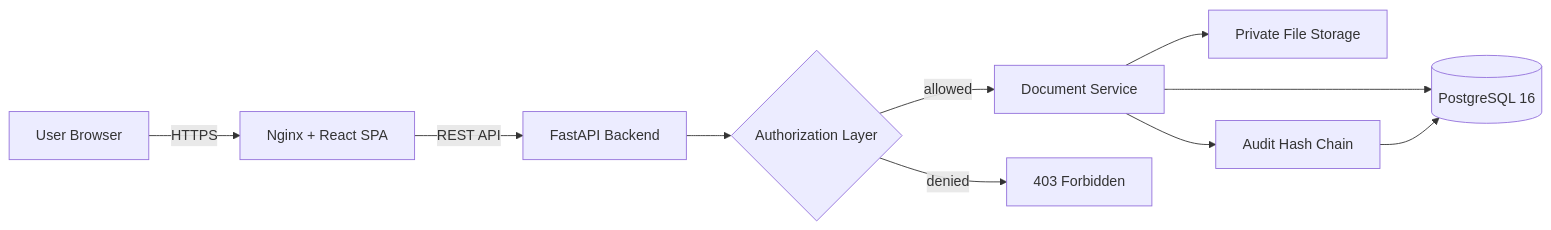
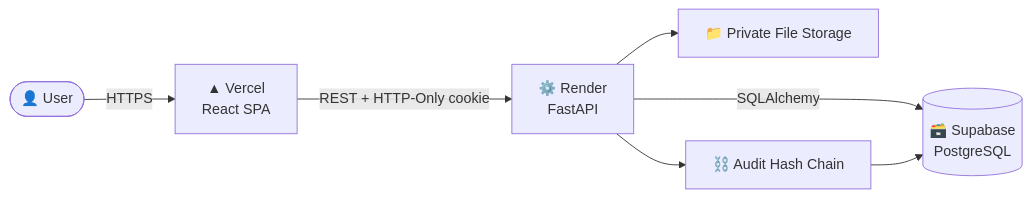
The first of 3 diagrams in README.md (mdadilshariff/Trust_vault), drawn with Mermaid before and after one commit. The commit also changed other lines of this file, not shown here.

````diff
--- a/README.md
+++ b/README.md
@@ -60,12 +50,9 @@
 ```mermaid
 flowchart LR
-    U[User Browser] -->|HTTPS| N[Nginx + React SPA]
-    N -->|REST API| A[FastAPI Backend]
-    A --> Z{Authorization Layer}
-    Z -->|allowed| S[Document Service]
-    Z -->|denied| F[403 Forbidden]
-    S --> D[(PostgreSQL 16)]
-    S --> V[Private File Storage]
-    S --> L[Audit Hash Chain]
-    L --> D
+    U([👤 User]) -->|HTTPS| V[▲ Vercel<br/>React SPA]
+    V -->|REST + HTTP-Only cookie| R[⚙️ Render<br/>FastAPI]
+    R -->|SQLAlchemy| S[(🗃️ Supabase<br/>PostgreSQL)]
+    R --> F[📁 Private File Storage]
+    R --> A[⛓️ Audit Hash Chain]
+    A --> S
 ```
````
